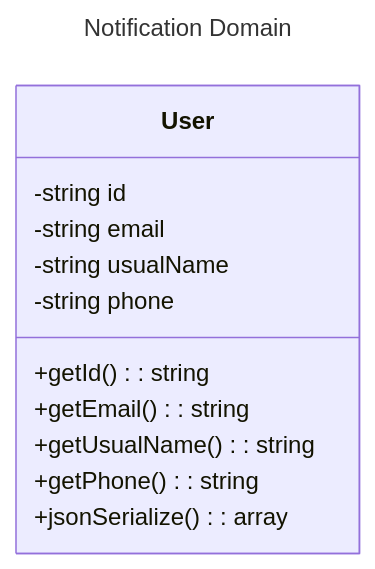
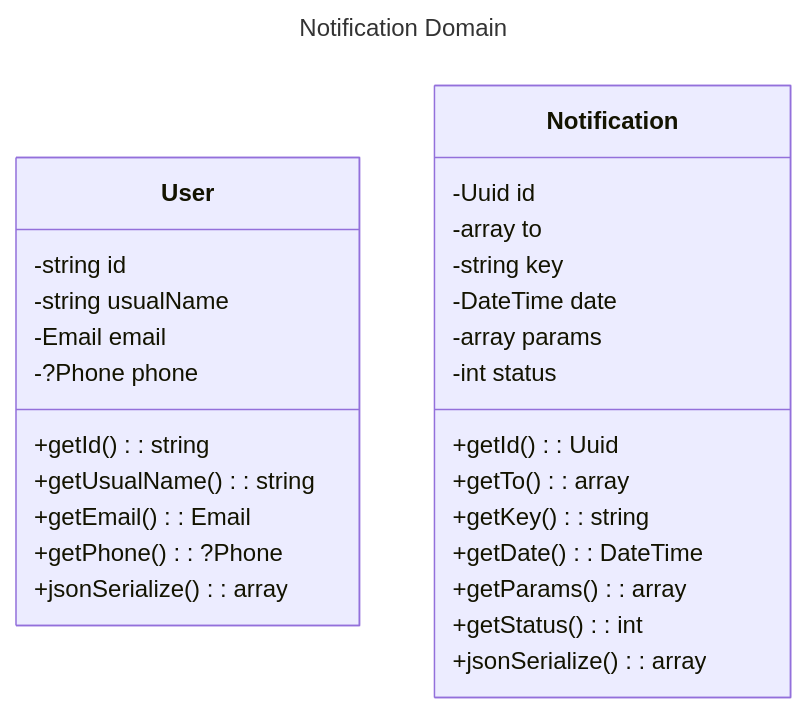
One commit to thetis20/notification-domain changed the diagram in README.md. Above: the diagram before and after it, drawn with Mermaid. The commit also changed other lines of this file and 9 other files, not shown here.

````diff
--- a/README.md
+++ b/README.md
@@ -70,17 +70,32 @@
 ```mermaid
 ---
 title: Notification Domain
 ---
 classDiagram
    class User {
       -string id
-      -string email
       -string usualName
-      -string phone
+      -Email email
+      -?Phone phone
       +getId(): string
-      +getEmail(): string
       +getUsualName(): string
-      +getPhone(): string
-      +jsonSerialize(): array
+      +getEmail(): Email
+      +getPhone(): ?Phone
+      +jsonSerialize(): array<string,mixed>
+   }
+   class Notification {
+      -Uuid id
+      -array<User|Email|Phone> to
+      -string key
+      -DateTime date
+      -array<string,mixed> params
+      -int status
+      +getId(): Uuid
+      +getTo(): array<User|Email|Phone>
+      +getKey(): string
+      +getDate(): DateTime
+      +getParams(): array<string,mixed>
+      +getStatus(): int
+      +jsonSerialize(): array<string,mixed>
    }
 ```
````
